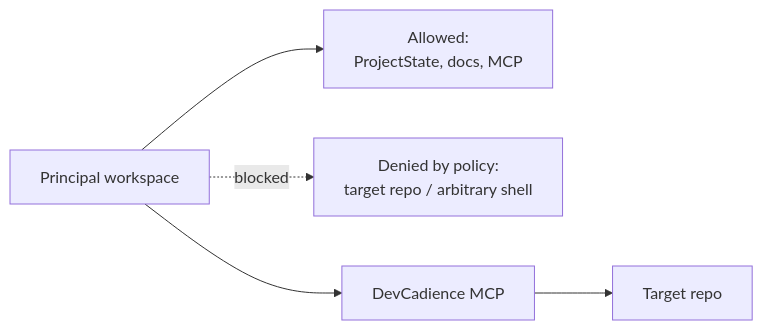
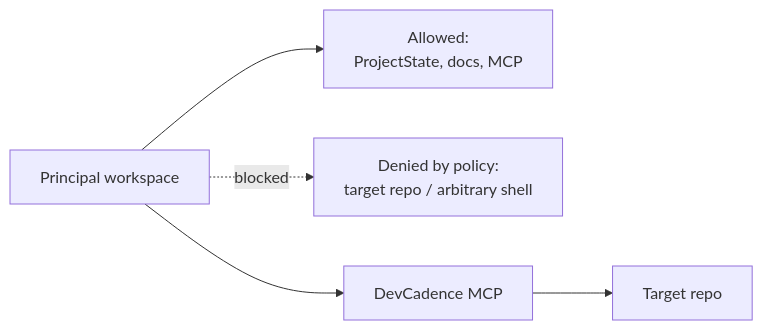
The second of 3 diagrams in docs/SECURITY.md (olostan/DevCadence), drawn with Mermaid before and after one commit. The commit also changed other lines of this file and 207 other files, not shown here.

Commit message:
refactor: rename DevCadience to DevCadence

````diff
--- a/docs/SECURITY.md
+++ b/docs/SECURITY.md
@@ -76,13 +76,13 @@
 ```mermaid
 flowchart LR
     Principal["Principal workspace"]
     Allowed["Allowed:<br/>ProjectState, docs, MCP"]
     Denied["Denied by policy:<br/>target repo / arbitrary shell"]
-    Gateway["DevCadience MCP"]
+    Gateway["DevCadence MCP"]
     Repo["Target repo"]
 
     Principal --> Allowed
     Principal --> Gateway
     Principal -. blocked .-> Denied
     Gateway --> Repo
 ```
````
